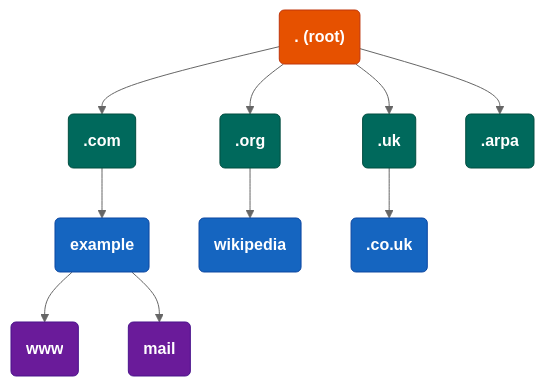
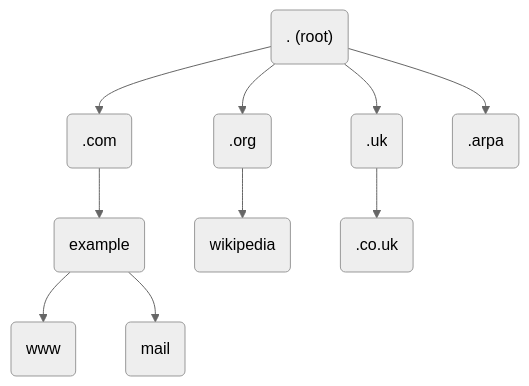
Before and after one commit to ringo380/guides: the first of 4 diagrams in DNS Administration/dns-fundamentals.md, drawn with Mermaid (neutral theme). The commit also changed other lines of this file and 2 other files, not shown here.

Commit message:
docs(dns-administration): remove hardcoded Mermaid colors for theme compatibility
Strip all classDef and style directives from Mermaid diagrams so
MkDocs Material's built-in theme handles light/dark mode automatically.
Fixes unreadable text and white blocks when toggling color schemes.

````diff
--- a/DNS Administration/dns-fundamentals.md
+++ b/DNS Administration/dns-fundamentals.md
@@ -46,18 +46,13 @@
 ```mermaid
 graph TD
-    root(". (root)"):::root
-    root --> com(".com"):::tld
-    root --> org(".org"):::tld
-    root --> uk(".uk"):::tld
-    root --> arpa(".arpa"):::tld
-    com --> example("example"):::sld
-    org --> wikipedia("wikipedia"):::sld
-    uk --> couk(".co.uk"):::sld
-    example --> www("www"):::host
-    example --> mail("mail"):::host
-
-    classDef root fill:#e65100,color:#fff,stroke:#bf360c,font-weight:bold
-    classDef tld fill:#00695c,color:#fff,stroke:#004d40,font-weight:bold
-    classDef sld fill:#1565c0,color:#fff,stroke:#0d47a1
-    classDef host fill:#6a1b9a,color:#fff,stroke:#4a148c
+    root(". (root)")
+    root --> com(".com")
+    root --> org(".org")
+    root --> uk(".uk")
+    root --> arpa(".arpa")
+    com --> example("example")
+    org --> wikipedia("wikipedia")
+    uk --> couk(".co.uk")
+    example --> www("www")
+    example --> mail("mail")
 ```
````
